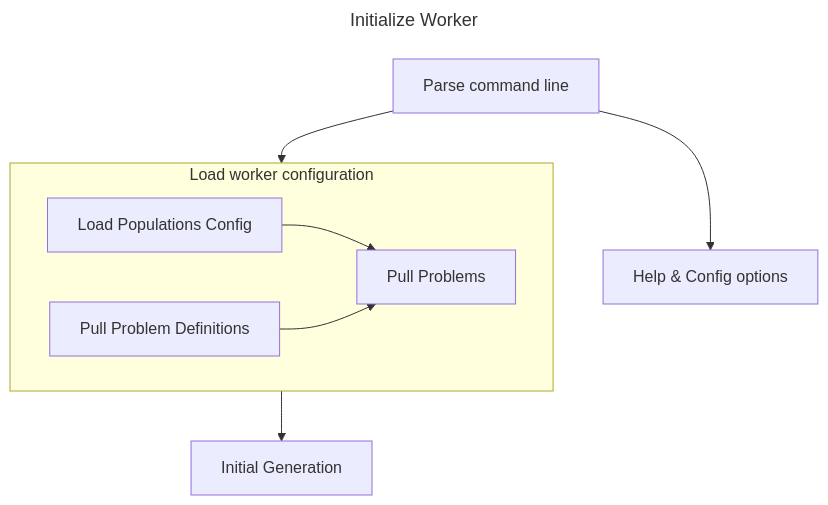
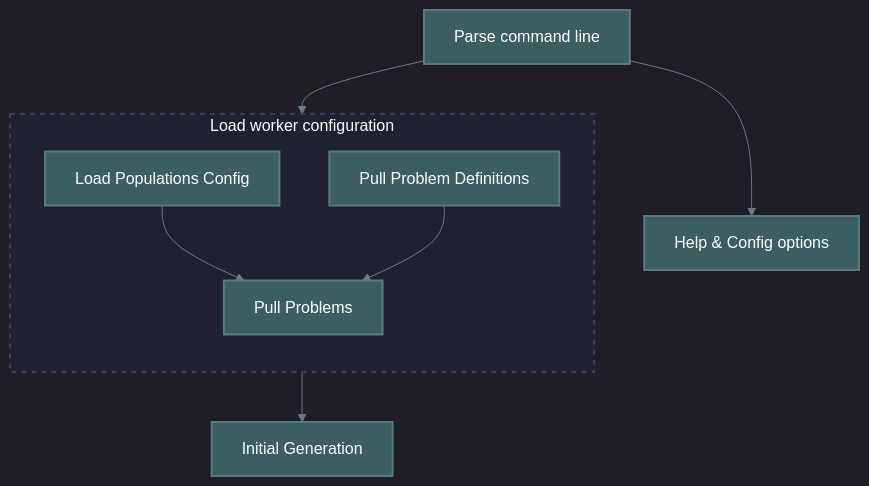
The second of 5 diagrams in docs/components/worker/workflow.md (Shapedsundew9/erasmus-gp), drawn with Mermaid before and after one commit. The commit also changed other lines of this file and 21 other files, not shown here.

First line of the commit message:
Enhance Mermaid Diagrams and Color Consistency Across Documentation

````diff
--- a/docs/components/worker/workflow.md
+++ b/docs/components/worker/workflow.md
@@ -33,18 +33,19 @@
 ```mermaid
----
-title: Initialize Worker
----
+%%{init: { 'theme': 'dark', 'themeVariables': { 'lineColor': '#6c7a89', 'textColor': '#edf2f4', 'mainBkg': '#2b2d42', 'primaryBorderColor': '#4a4e69' }}}%%
+flowchart TB
+    %% Base/Default (Dark Slate)
+    classDef default fill:#2b2d42,stroke:#4a4e69,stroke-width:2px,color:#edf2f4
+    classDef dataTeal fill:#3b5e60,stroke:#5b7a7c,stroke-width:2px,color:#ffffff
+    classDef zonePrimary fill:#1f2130,stroke:#3a3e59,stroke-width:2px,stroke-dasharray: 5 5
 
-flowchart TB
-    CL["Parse command line"] --> HE["Help & Config options"]
+    CL["Parse command line"]:::dataTeal --> HE["Help & Config options"]:::dataTeal
     subgraph WC["Load worker configuration"]
-        PP["Pull Problems"]
-        PC["Load Populations Config"] --> PP
-        PD["Pull Problem Definitions"] --> PP
+        direction TB
+        PP["Pull Problems"]:::dataTeal
+        PC["Load Populations Config"]:::dataTeal --> PP
+        PD["Pull Problem Definitions"]:::dataTeal --> PP
     end 
     CL --> WC
-    WC --> IG["Initial Generation"]
-    classDef lightgrey fill:#888888,stroke:#333,stroke-width:3px
-    classDef red fill:#FF0000,stroke:#333,stroke-width:1px
-    classDef blue fill:#0000FF,stroke:#333,stroke-width:1px
+    WC --> IG["Initial Generation"]:::dataTeal
+    class WC zonePrimary
 ```
````
